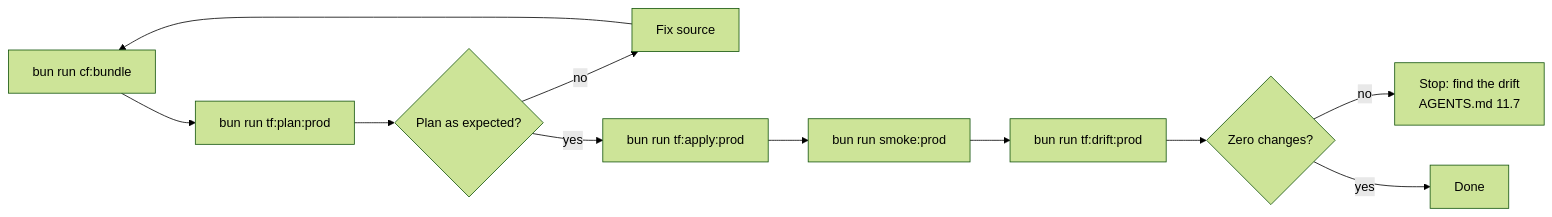
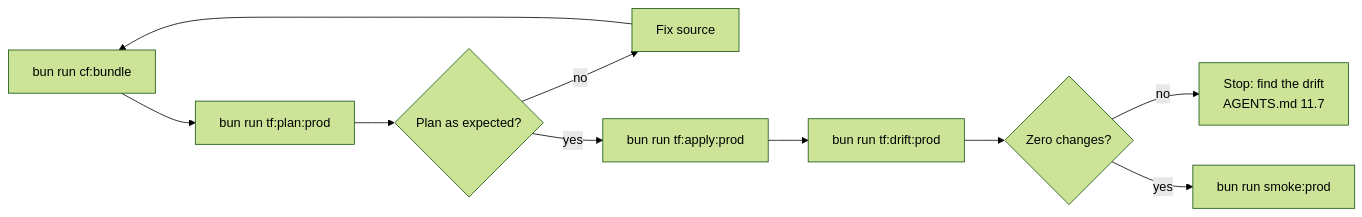
Before and after one commit to nsudhanva/rhumbatron: the diagram in docs/operations/deploy.md, drawn with Mermaid (forest theme). The commit also changed other lines of this file and 47 other files, not shown here.

````diff
--- a/docs/operations/deploy.md
+++ b/docs/operations/deploy.md
@@ -13,12 +13,11 @@
 ```mermaid
 flowchart LR
   b[bun run cf:bundle] --> p[bun run tf:plan:prod]
   p --> r{Plan as expected?}
   r -->|no| fix[Fix source] --> b
   r -->|yes| a[bun run tf:apply:prod]
-  a --> s[bun run smoke:prod]
-  s --> d[bun run tf:drift:prod]
+  a --> d[bun run tf:drift:prod]
   d --> c{Zero changes?}
   c -->|no| drift[Stop: find the drift<br/>AGENTS.md 11.7]
-  c -->|yes| done[Done]
+  c -->|yes| s[bun run smoke:prod]
 ```
````
